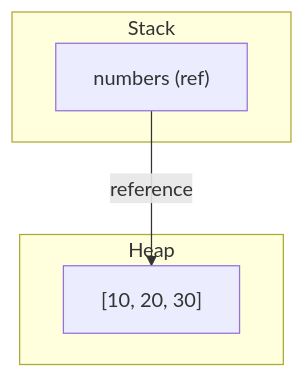
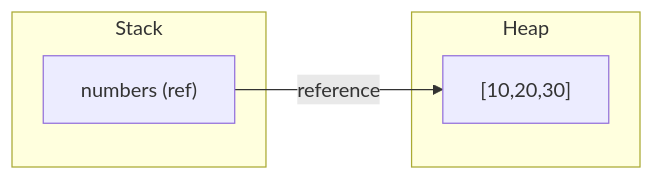
The first of 8 diagrams in 19_arrays/README.md (BasharAlwarad/Software_Engineering_course), drawn with Mermaid before and after one commit. The commit also changed other lines of this file and 44 other files, not shown here.

````diff
--- a/19_arrays/README.md
+++ b/19_arrays/README.md
@@ -53,10 +76,10 @@
 ```mermaid
-flowchart TD
-    subgraph Stack
-        A1["numbers (ref)"]
-    end
-    subgraph Heap
-        A2["[10, 20, 30]"]
-    end
-    A1 -- reference --> A2
+graph LR
+		subgraph Stack
+			ref["numbers (ref)"]
+		end
+		subgraph Heap
+			arr["[10,20,30]"]
+		end
+		ref -- reference --> arr
 ```
````
